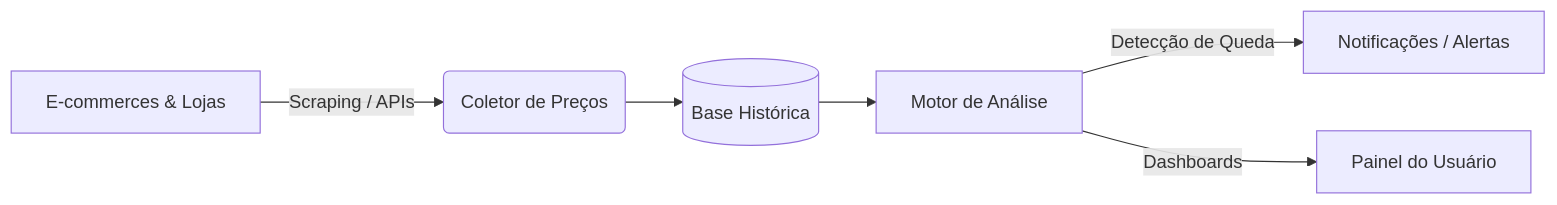
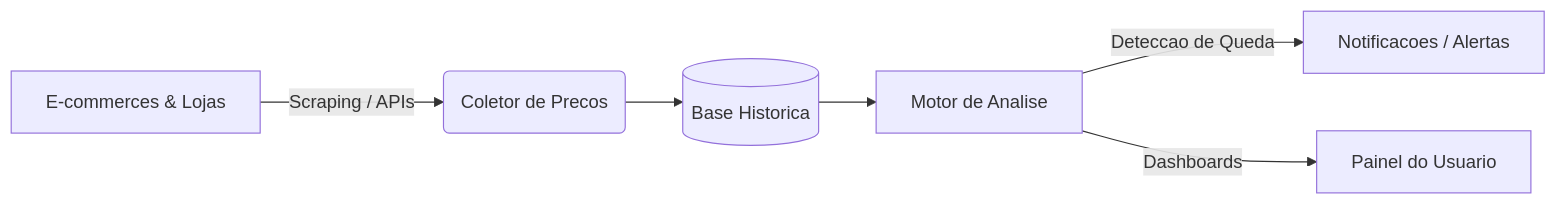
One commit to lucasssmira/monitoramento_precos changed the diagram in docs/index.md. Above: the diagram before and after it, drawn with Mermaid. The commit also changed other lines of this file and 3 other files, not shown here.

````diff
--- a/docs/index.md
+++ b/docs/index.md
@@ -11,8 +11,8 @@
 ```mermaid
 graph LR
-    A[E-commerces & Lojas] -->|Scraping / APIs| B(Coletor de Preços)
-    B --> C[(Base Histórica)]
-    C --> D[Motor de Análise]
-    D -->|Detecção de Queda| E[Notificações / Alertas]
-    D -->|Dashboards| F[Painel do Usuário]
+    A[E-commerces & Lojas] -->|Scraping / APIs| B(Coletor de Precos)
+    B --> C[(Base Historica)]
+    C --> D[Motor de Analise]
+    D -->|Deteccao de Queda| E[Notificacoes / Alertas]
+    D -->|Dashboards| F[Painel do Usuario]
 ```
````
